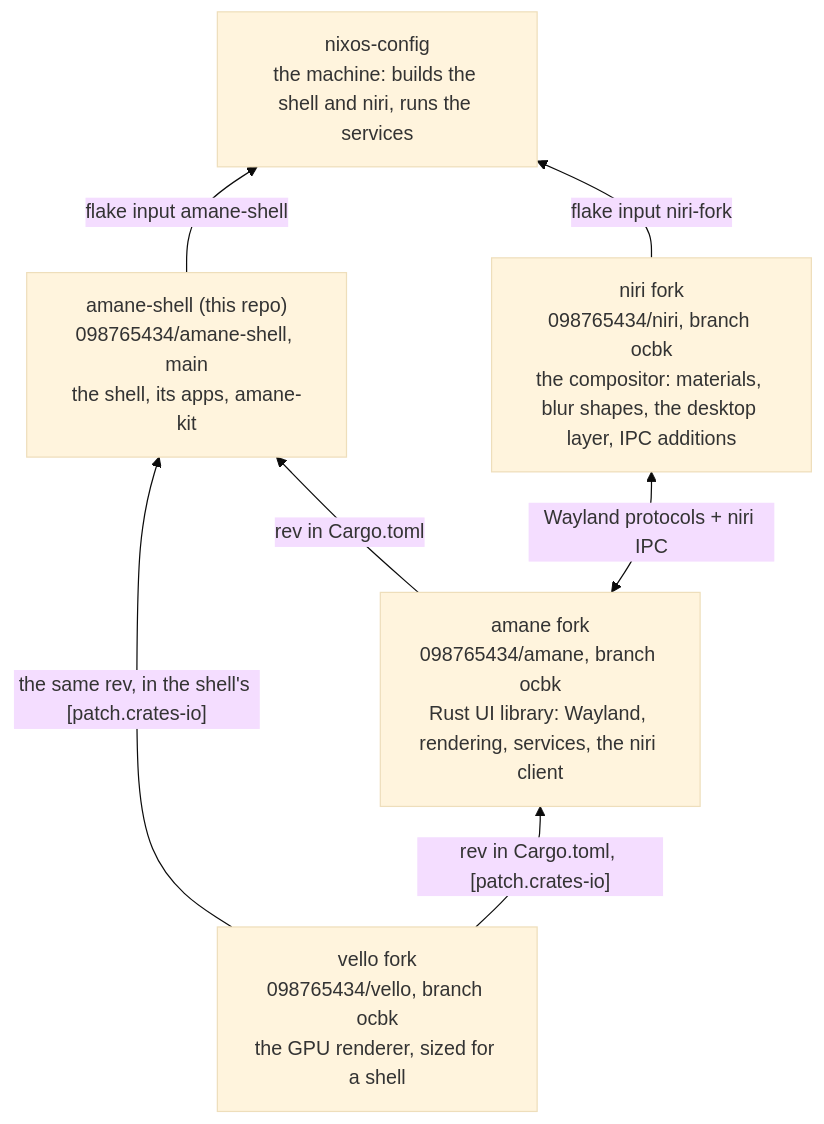
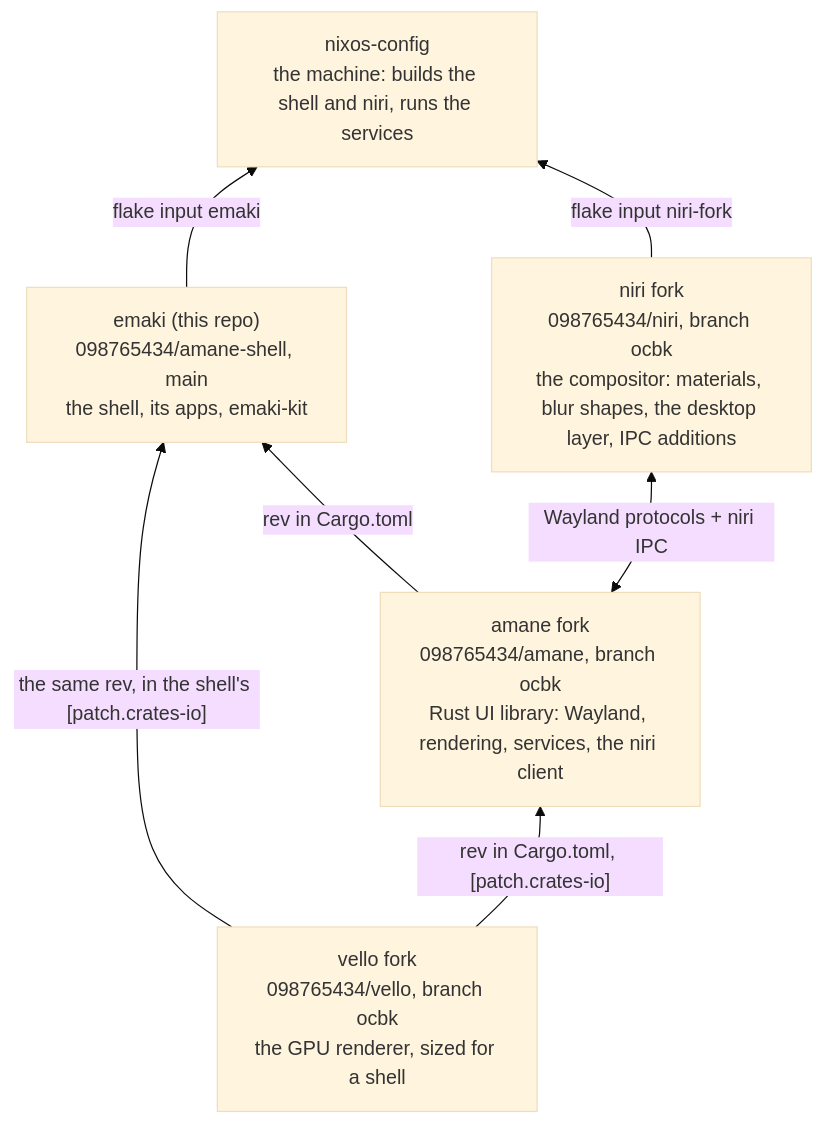
One commit to 098765434/amane-shell changed the diagram in STACK.md. Above: the diagram before and after it, drawn with Mermaid (base theme). The commit also changed other lines of this file and 389 other files, not shown here.

Commit message:
amane-shell is emaki: packages, binaries, ids, env vars, sockets, D-Bus names, layer namespaces (mechanical)

````diff
--- a/STACK.md
+++ b/STACK.md
@@ -6,14 +6,14 @@
 ```mermaid
 flowchart BT
     vello["vello fork<br/>098765434/vello, branch ocbk<br/>the GPU renderer, sized for a shell"]
     amane["amane fork<br/>098765434/amane, branch ocbk<br/>Rust UI library: Wayland, rendering, services, the niri client"]
-    shell["amane-shell (this repo)<br/>098765434/amane-shell, main<br/>the shell, its apps, amane-kit"]
+    shell["emaki (this repo)<br/>098765434/amane-shell, main<br/>the shell, its apps, emaki-kit"]
     niri["niri fork<br/>098765434/niri, branch ocbk<br/>the compositor: materials, blur shapes, the desktop layer, IPC additions"]
     config["nixos-config<br/>the machine: builds the shell and niri, runs the services"]
     vello -->|"rev in Cargo.toml, [patch.crates-io]"| amane
     vello -->|"the same rev, in the shell's [patch.crates-io]"| shell
     amane -->|"rev in Cargo.toml"| shell
-    shell -->|"flake input amane-shell"| config
+    shell -->|"flake input emaki"| config
     niri -->|"flake input niri-fork"| config
     amane <-->|"Wayland protocols + niri IPC"| niri
 ```
````
